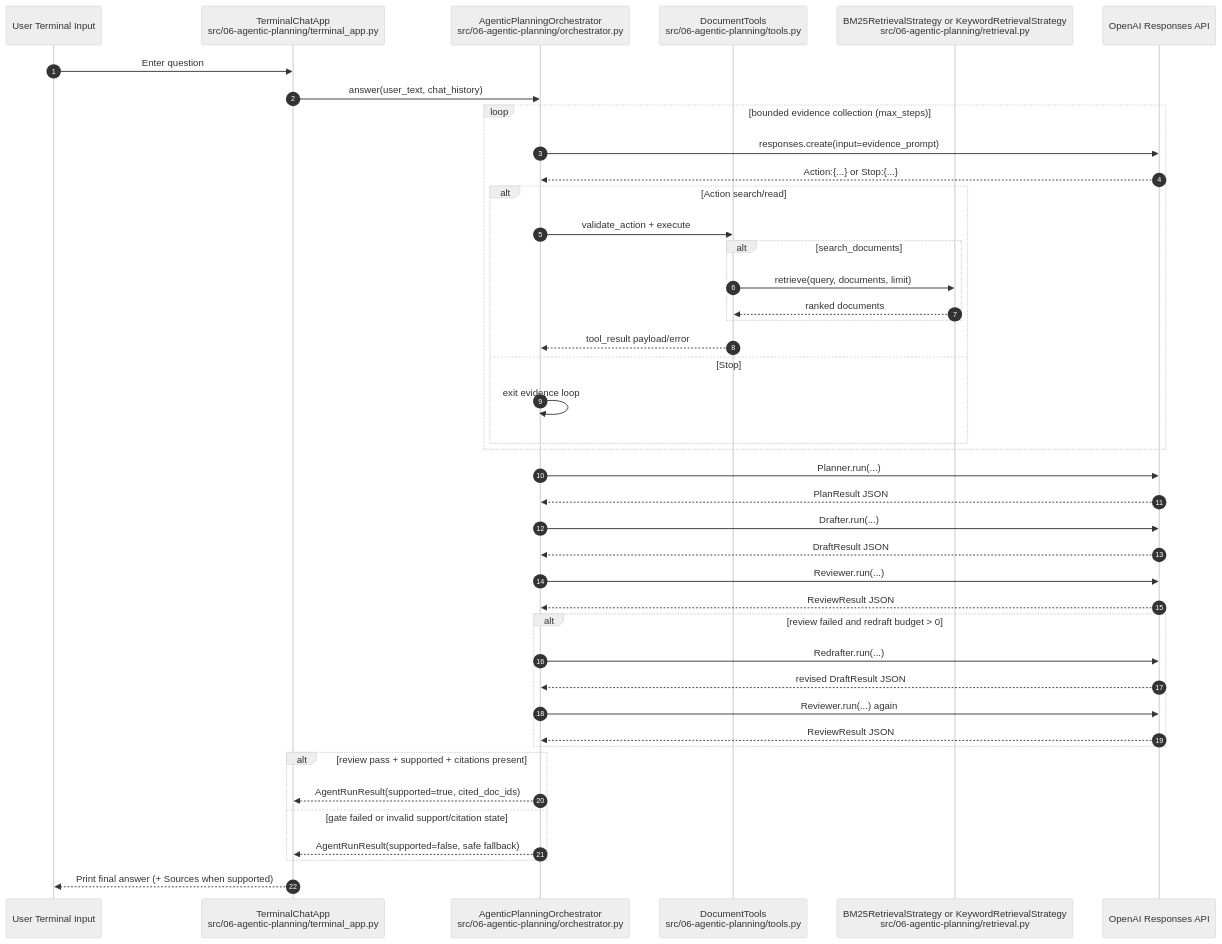
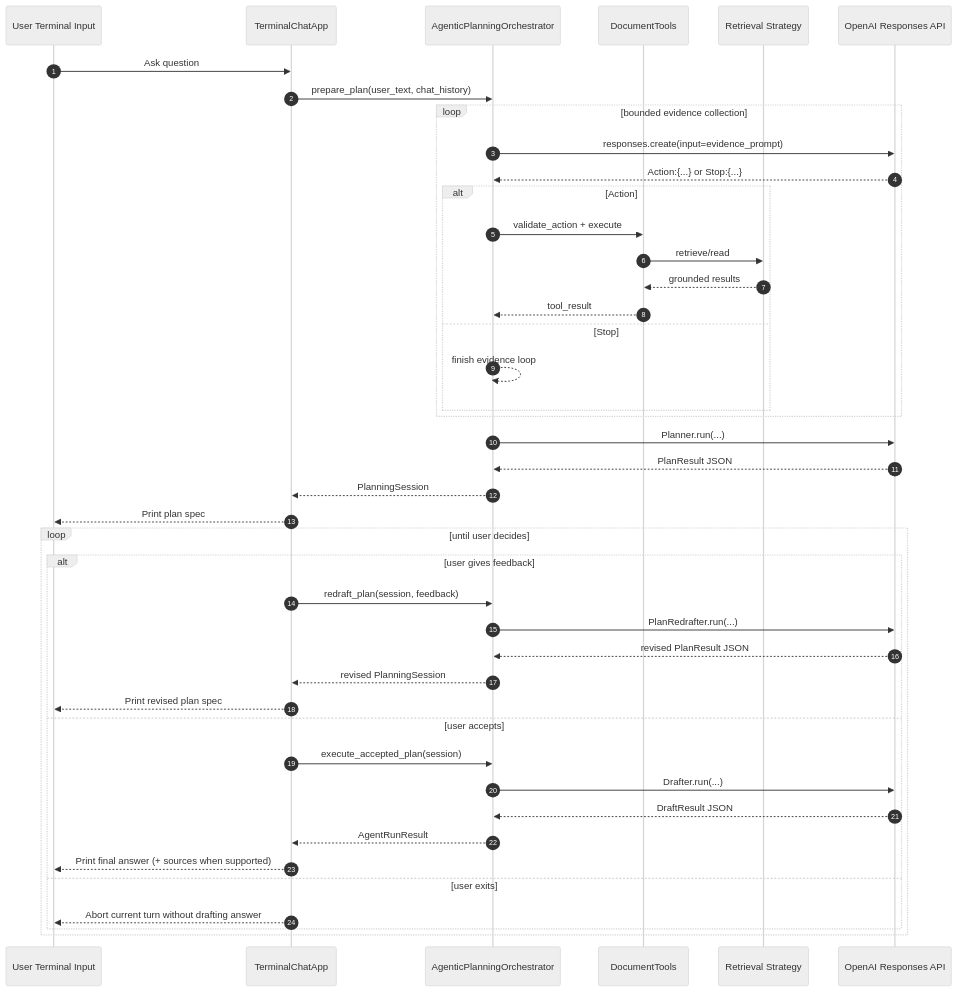
One commit to yao-creative/ai-playground changed the diagram in src/06-agentic-planning/README.md. Above: the diagram before and after it, drawn with Mermaid (neutral theme). The commit also changed other lines of this file and 7 other files, not shown here.

Commit message:
Refactor agentic planning into explicit plan loop

````diff
--- a/src/06-agentic-planning/README.md
+++ b/src/06-agentic-planning/README.md
@@ -17,50 +18,49 @@
 ```mermaid
 sequenceDiagram
     autonumber
     participant User as User Terminal Input
-    participant App as TerminalChatApp<br/>src/06-agentic-planning/terminal_app.py
-    participant Orch as AgenticPlanningOrchestrator<br/>src/06-agentic-planning/orchestrator.py
-    participant Tools as DocumentTools<br/>src/06-agentic-planning/tools.py
-    participant Retriever as BM25RetrievalStrategy or KeywordRetrievalStrategy<br/>src/06-agentic-planning/retrieval.py
+    participant App as TerminalChatApp
+    participant Orch as AgenticPlanningOrchestrator
+    participant Tools as DocumentTools
+    participant Retriever as Retrieval Strategy
     participant OpenAI as OpenAI Responses API
 
-    User->>App: Enter question
-    App->>Orch: answer(user_text, chat_history)
+    User->>App: Ask question
+    App->>Orch: prepare_plan(user_text, chat_history)
 
-    loop bounded evidence collection (max_steps)
+    loop bounded evidence collection
         Orch->>OpenAI: responses.create(input=evidence_prompt)
         OpenAI-->>Orch: Action:{...} or Stop:{...}
-        alt Action search/read
+        alt Action
             Orch->>Tools: validate_action + execute
-            alt search_documents
-                Tools->>Retriever: retrieve(query, documents, limit)
-                Retriever-->>Tools: ranked documents
-            end
-            Tools-->>Orch: tool_result payload/error
+            Tools->>Retriever: retrieve/read
+            Retriever-->>Tools: grounded results
+            Tools-->>Orch: tool_result
         else Stop
-            Orch->>Orch: exit evidence loop
+            Orch-->>Orch: finish evidence loop
         end
     end
 
     Orch->>OpenAI: Planner.run(...)
     OpenAI-->>Orch: PlanResult JSON
-    Orch->>OpenAI: Drafter.run(...)
-    OpenAI-->>Orch: DraftResult JSON
-    Orch->>OpenAI: Reviewer.run(...)
-    OpenAI-->>Orch: ReviewResult JSON
+    Orch-->>App: PlanningSession
+    App-->>User: Print plan spec
 
-    alt review failed and redraft budget > 0
-        Orch->>OpenAI: Redrafter.run(...)
-        OpenAI-->>Orch: revised DraftResult JSON
-        Orch->>OpenAI: Reviewer.run(...) again
-        OpenAI-->>Orch: ReviewResult JSON
+    loop until user decides
+        alt user gives feedback
+            App->>Orch: redraft_plan(session, feedback)
+            Orch->>OpenAI: PlanRedrafter.run(...)
+            OpenAI-->>Orch: revised PlanResult JSON
+            Orch-->>App: revised PlanningSession
+            App-->>User: Print revised plan spec
+        else user accepts
+            App->>Orch: execute_accepted_plan(session)
+            Orch->>OpenAI: Drafter.run(...)
+            OpenAI-->>Orch: DraftResult JSON
+            Orch-->>App: AgentRunResult
+            App-->>User: Print final answer (+ sources when supported)
+        else user exits
+            App-->>User: Abort current turn without drafting answer
+        end
     end
-
-    alt review pass + supported + citations present
-        Orch-->>App: AgentRunResult(supported=true, cited_doc_ids)
-    else gate failed or invalid support/citation state
-        Orch-->>App: AgentRunResult(supported=false, safe fallback)
-    end
-
-    App-->>User: Print final answer (+ Sources when supported)
 ```
````
